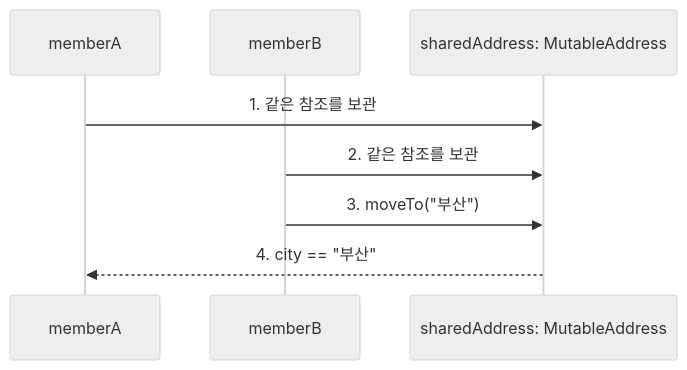
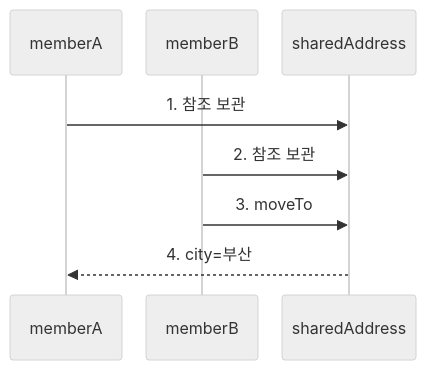
Before and after one commit to woonyong-kr/woon-skills: the first of 2 diagrams in evals/fixtures/learning-content/immutable-address.md, drawn with Mermaid (neutral theme). The commit also changed other lines of this file and 13 other files, not shown here.

````diff
--- a/evals/fixtures/learning-content/immutable-address.md
+++ b/evals/fixtures/learning-content/immutable-address.md
@@ -68,10 +68,11 @@
 ```mermaid
+%%{init: {"sequence": {"actorMargin": 24, "width": 112}}}%%
 sequenceDiagram
     participant memberA
     participant memberB
-    participant sharedAddress as sharedAddress: MutableAddress
-    memberA->>sharedAddress: 1. 같은 참조를 보관
-    memberB->>sharedAddress: 2. 같은 참조를 보관
-    memberB->>sharedAddress: 3. moveTo("부산")
-    sharedAddress-->>memberA: 4. city == "부산"
+    participant sharedAddress
+    memberA->>sharedAddress: 1. 참조 보관
+    memberB->>sharedAddress: 2. 참조 보관
+    memberB->>sharedAddress: 3. moveTo
+    sharedAddress-->>memberA: 4. city=부산
 ```
````
